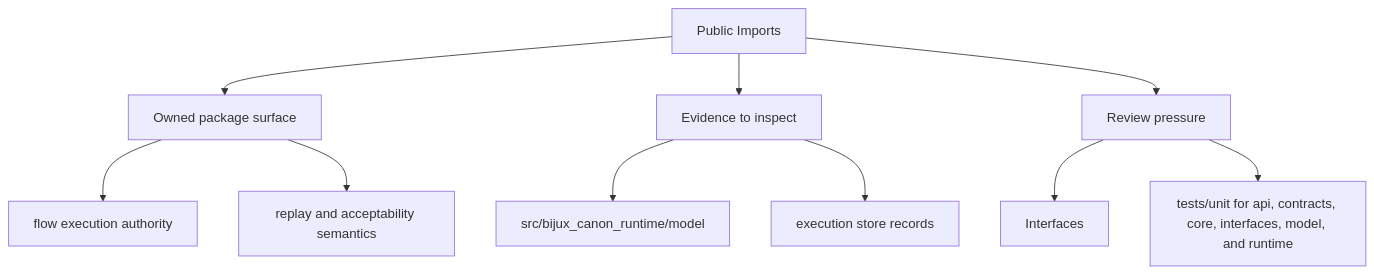
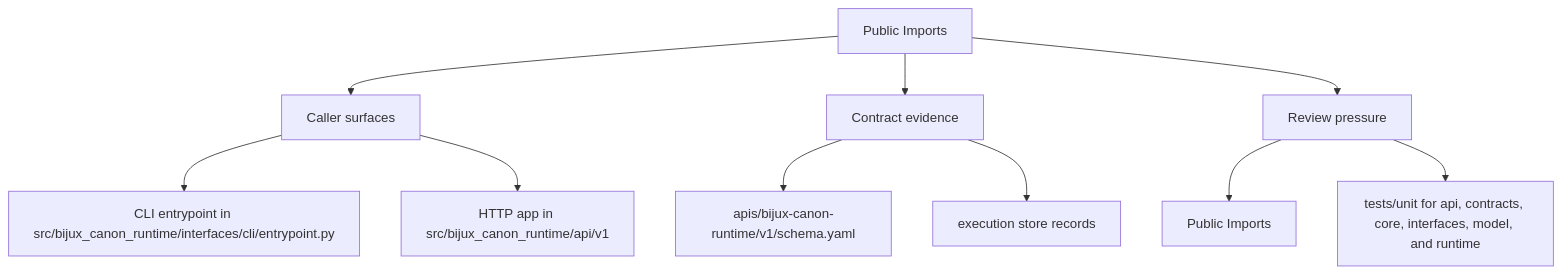
Before and after one commit to bijux/bijux-canon: the second of 2 diagrams in docs/bijux-canon-runtime/interfaces/public-imports.md, drawn with Mermaid. The commit also changed other lines of this file and 250 other files, not shown here.

Commit message:
docs(diagrams): make product page maps more readable

````diff
--- a/docs/bijux-canon-runtime/interfaces/public-imports.md
+++ b/docs/bijux-canon-runtime/interfaces/public-imports.md
@@ -35,22 +35,22 @@
 ```mermaid
 flowchart TD
     page["Public Imports"]
-    focus1["Owned package surface"]
+    focus1["Caller surfaces"]
     page --> focus1
-    focus1_1["flow execution authority"]
+    focus1_1["CLI entrypoint in src/bijux_canon_runtime/interfaces/cli/entrypoint.py"]
     focus1 --> focus1_1
-    focus1_2["replay and acceptability semantics"]
+    focus1_2["HTTP app in src/bijux_canon_runtime/api/v1"]
     focus1 --> focus1_2
-    focus2["Evidence to inspect"]
+    focus2["Contract evidence"]
     page --> focus2
-    focus2_1["src/bijux_canon_runtime/model"]
+    focus2_1["apis/bijux-canon-runtime/v1/schema.yaml"]
     focus2 --> focus2_1
     focus2_2["execution store records"]
     focus2 --> focus2_2
     focus3["Review pressure"]
     page --> focus3
-    focus3_1["Interfaces"]
+    focus3_1["Public Imports"]
     focus3 --> focus3_1
     focus3_2["tests/unit for api, contracts, core, interfaces, model, and runtime"]
     focus3 --> focus3_2
 ```
````
